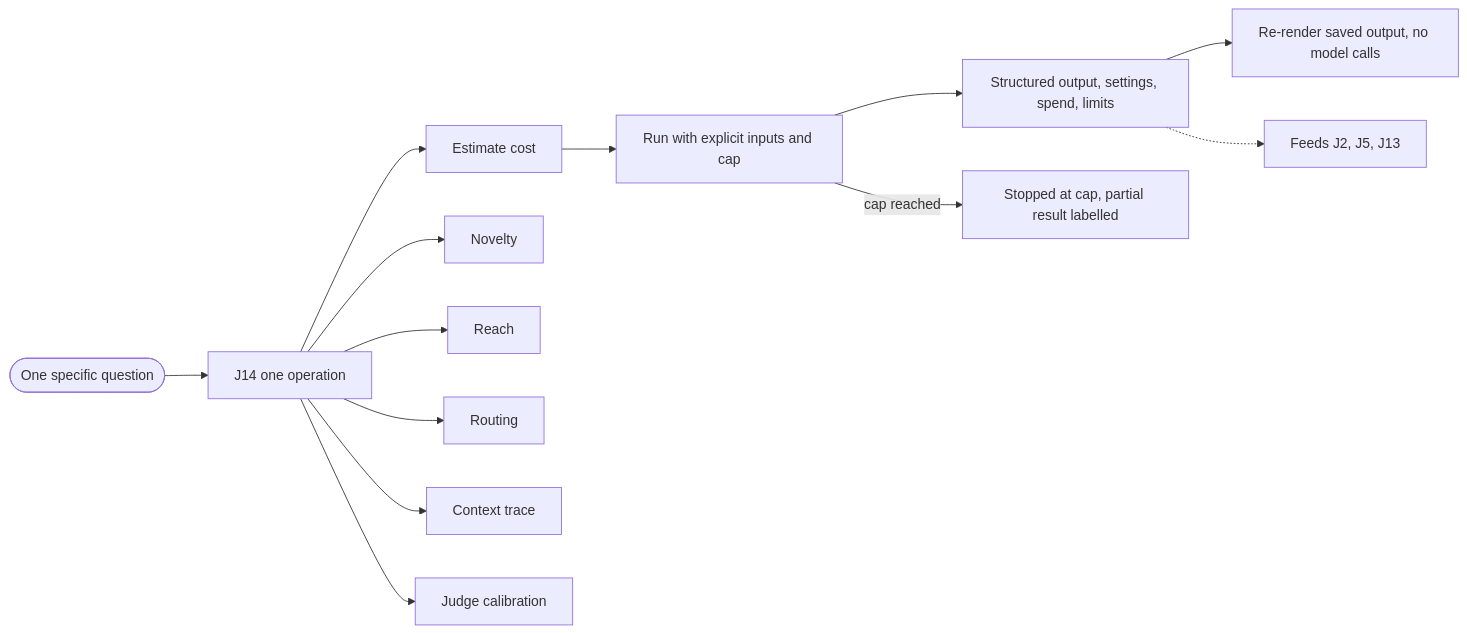
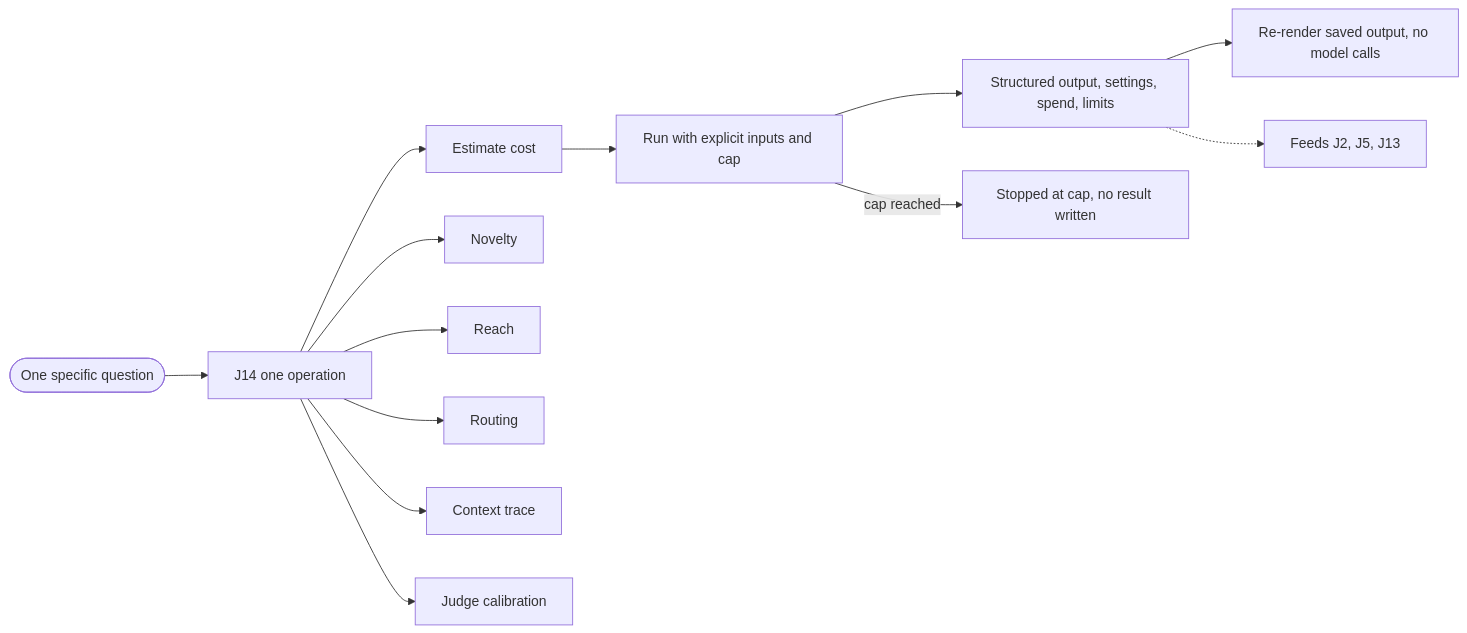
The fifth of 6 diagrams in dokimi/docs/user-journeys/flow-map.md (intel/dokimi), drawn with Mermaid before and after one commit. The commit also changed 1 other file, not shown here.

Commit message:
docs(journeys): match the cap node to what the run writes; scope the cjm-* sentence to enforced criteria

````diff
--- a/dokimi/docs/user-journeys/flow-map.md
+++ b/dokimi/docs/user-journeys/flow-map.md
@@ -86,15 +86,15 @@
 ```mermaid
 flowchart LR
     ask([One specific question]) --> J14[J14 one operation]
     J14 --> estimate[Estimate cost]
     estimate --> run[Run with explicit inputs and cap]
     run --> out[Structured output, settings, spend, limits]
     out --> rerender[Re-render saved output, no model calls]
-    run -->|cap reached| stop[Stopped at cap, partial result labelled]
+    run -->|cap reached| stop[Stopped at cap, no result written]
     J14 --> novelty[Novelty]
     J14 --> reach[Reach]
     J14 --> routing[Routing]
     J14 --> context[Context trace]
     J14 --> judge[Judge calibration]
     out -.-> J2[Feeds J2, J5, J13]
 ```
````
